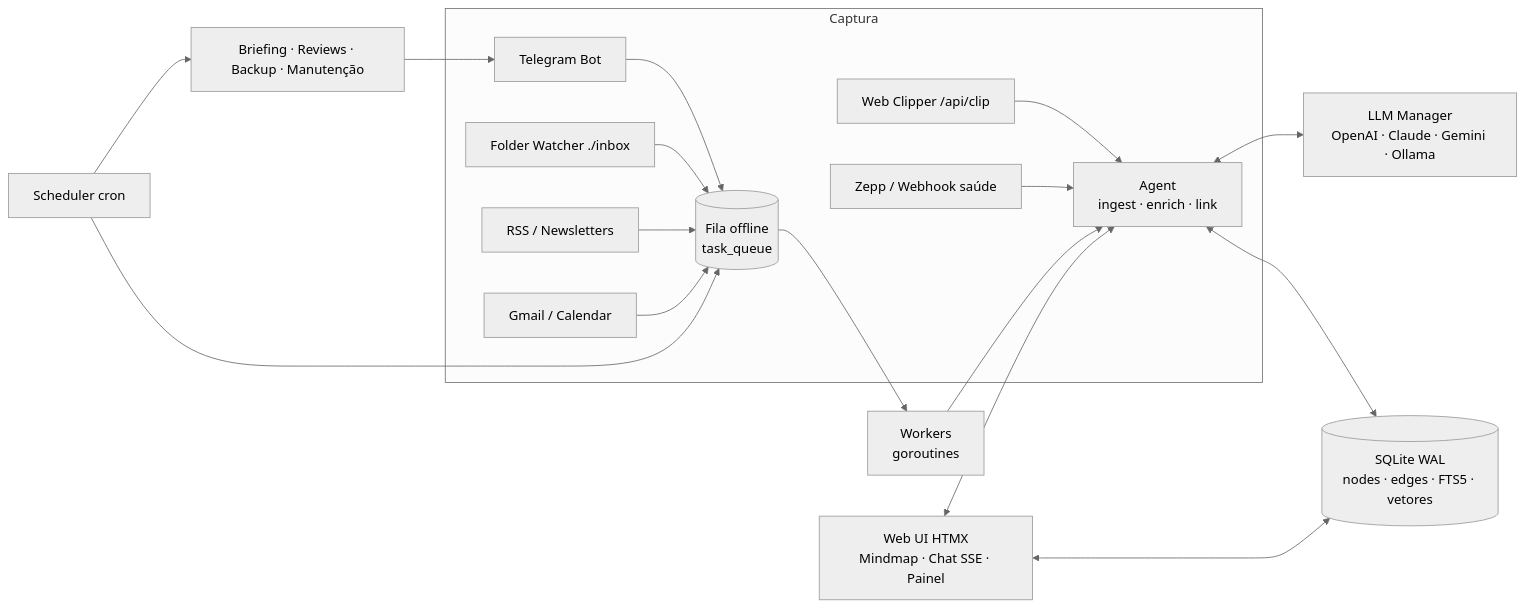
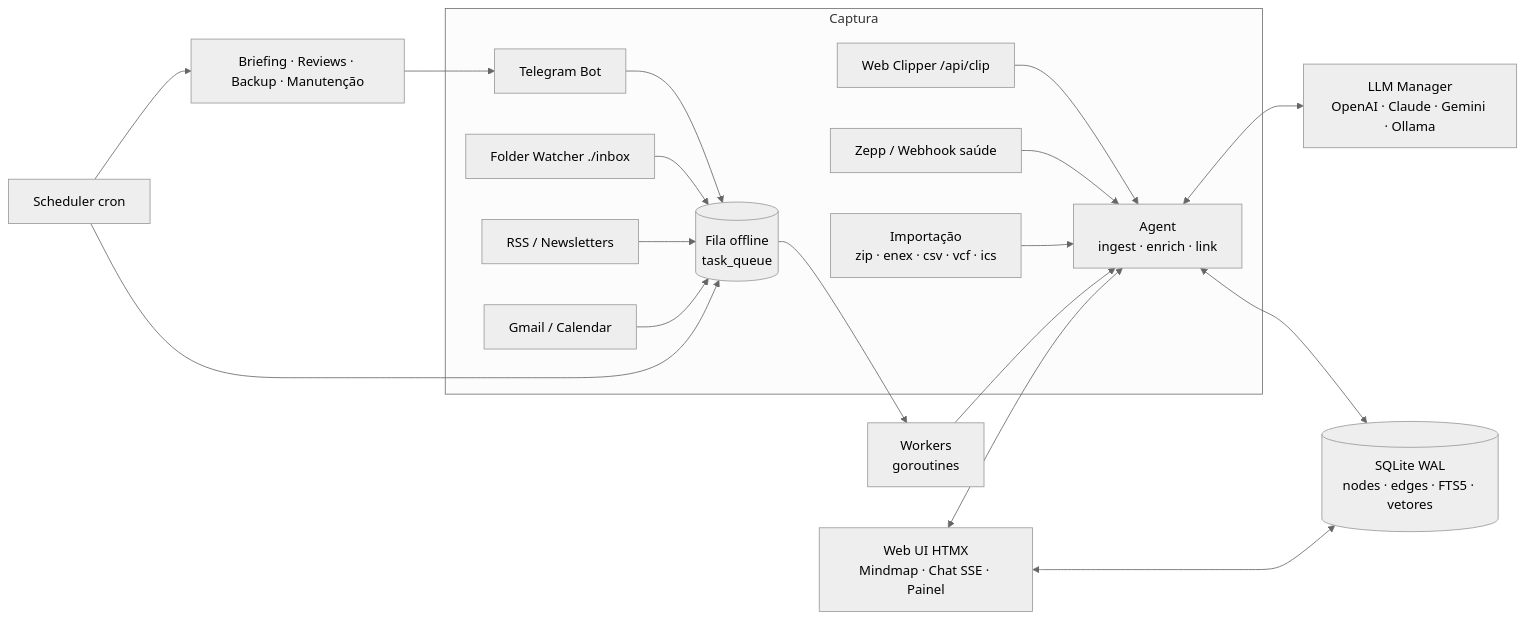
Before and after one commit to inakano89/second-brain: the diagram in README.md, drawn with Mermaid (neutral theme). The commit also changed other lines of this file and 24 other files, not shown here.

````diff
--- a/README.md
+++ b/README.md
@@ -62,20 +64,21 @@
 ```mermaid
 flowchart LR
   subgraph Captura
     TG[Telegram Bot] --> Q
     WC[Web Clipper /api/clip] --> AG
     FW[Folder Watcher ./inbox] --> Q
     RSS[RSS / Newsletters] --> Q
     GM[Gmail / Calendar] --> Q
     ZP[Zepp / Webhook saúde] --> AG
+    IM[Importação<br/>zip · enex · csv · vcf · ics] --> AG
   end
   Q[(Fila offline<br/>task_queue)] --> W[Workers<br/>goroutines]
   W --> AG[Agent<br/>ingest · enrich · link]
   AG <--> LLM[LLM Manager<br/>OpenAI · Claude · Gemini · Ollama]
   AG <--> DB[(SQLite WAL<br/>nodes · edges · FTS5 · vetores)]
   S[Scheduler cron] --> Q
   S --> R[Briefing · Reviews · Backup · Manutenção]
   R --> TG
   WEB[Web UI HTMX<br/>Mindmap · Chat SSE · Painel] <--> AG
   WEB <--> DB
 ```
````
